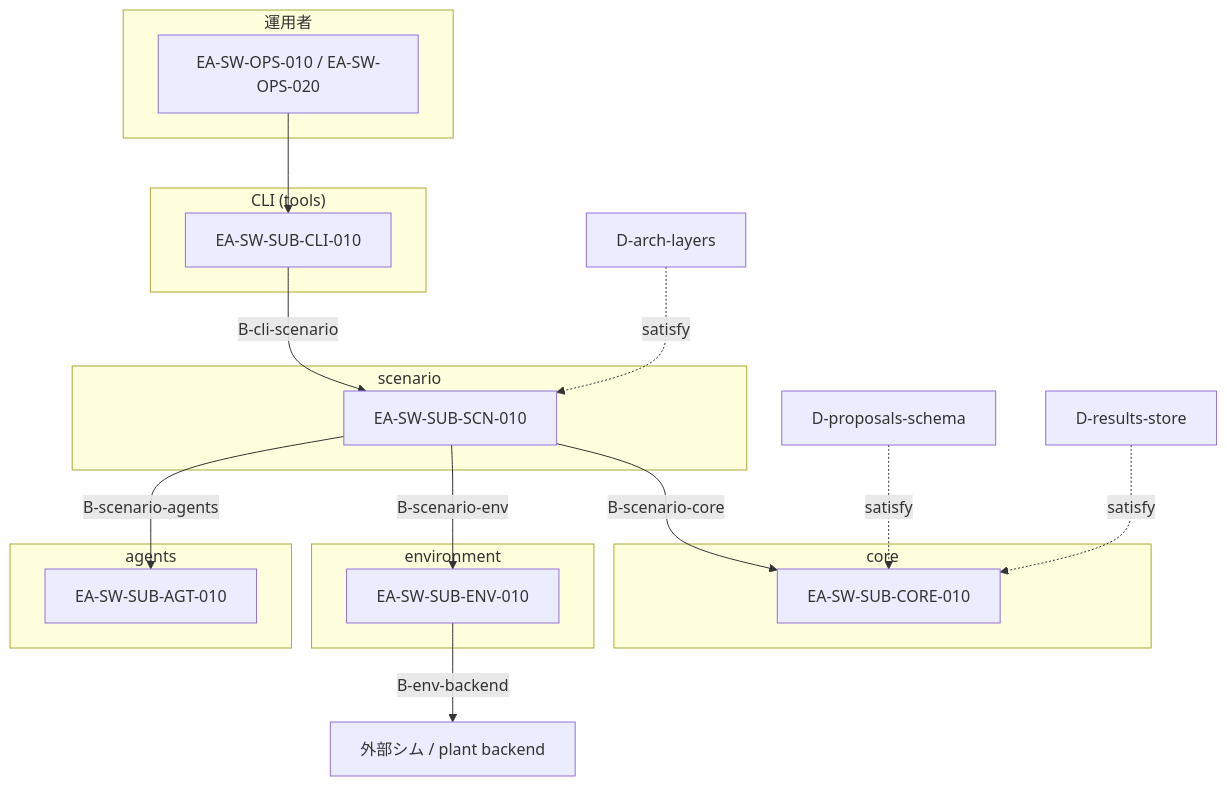
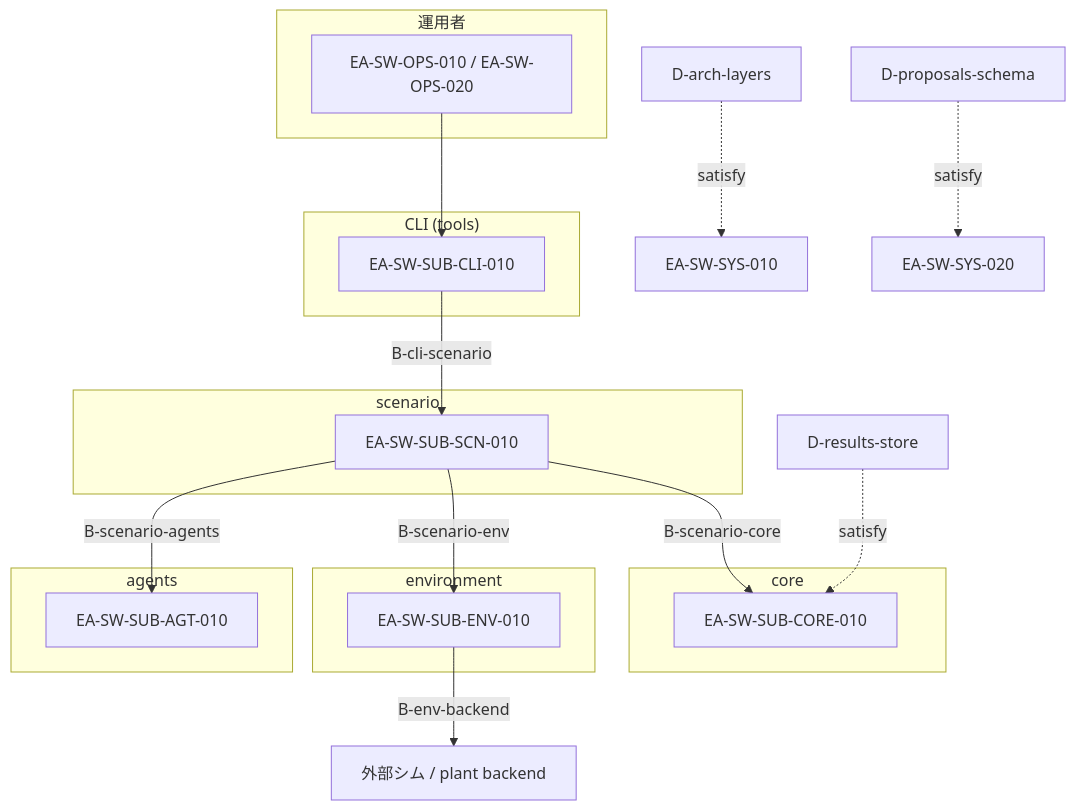
Before and after one commit to hirototamura/one-piece: the first of 3 diagrams in docs/ja/programs/engineering_agents/system_model.md, drawn with Mermaid. The commit also changed other lines of this file and 3 other files, not shown here.

Commit message:
Fix EA system model constraint bindings and diagram consistency.

````diff
--- a/docs/ja/programs/engineering_agents/system_model.md
+++ b/docs/ja/programs/engineering_agents/system_model.md
@@ -16,36 +16,38 @@
 ```mermaid
 flowchart TB
   subgraph operator["運用者"]
     OPS["EA-SW-OPS-010 / EA-SW-OPS-020"]
   end
   subgraph tools["CLI (tools)"]
     CLI["EA-SW-SUB-CLI-010"]
   end
   subgraph orchestration["scenario"]
     SCN["EA-SW-SUB-SCN-010"]
   end
   subgraph agents_layer["agents"]
     AGT["EA-SW-SUB-AGT-010"]
   end
   subgraph isolation["environment"]
     ENV["EA-SW-SUB-ENV-010"]
   end
   subgraph persistence["core"]
     CORE["EA-SW-SUB-CORE-010"]
   end
   EXT["外部シム / plant backend"]
 
   OPS --> CLI
   CLI -->|"B-cli-scenario"| SCN
   SCN -->|"B-scenario-agents"| AGT
   SCN -->|"B-scenario-env"| ENV
   SCN -->|"B-scenario-core"| CORE
   ENV -->|"B-env-backend"| EXT
 
   D1["D-arch-layers"]
   D2["D-proposals-schema"]
   D3["D-results-store"]
-  D1 -.->|"satisfy"| SCN
-  D2 -.->|"satisfy"| CORE
+  SYS10["EA-SW-SYS-010"]
+  SYS20["EA-SW-SYS-020"]
+  D1 -.->|"satisfy"| SYS10
+  D2 -.->|"satisfy"| SYS20
   D3 -.->|"satisfy"| CORE
 ```
````
